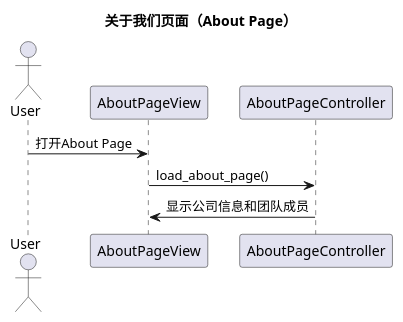
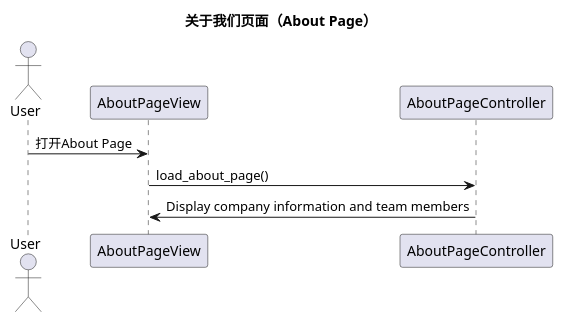
Before and after one commit to violeteye1234/group23_COMPS350F: the fifth of 16 diagrams in planing/class_diagrams.md, drawn with PlantUML. The commit also changed other lines of this file and 45 other files, not shown here.

````diff
--- a/planing/class_diagrams.md
+++ b/planing/class_diagrams.md
@@ -197,13 +197,13 @@
 ```plantuml
 @startuml
 title 关于我们页面（About Page）
 
 actor User
 participant "AboutPageView" as View
 participant "AboutPageController" as Controller
 
 User -> View: 打开About Page
 View -> Controller: load_about_page()
-Controller -> View: 显示公司信息和团队成员
+Controller -> View: Display company information and team members
 @enduml
 ```
````
